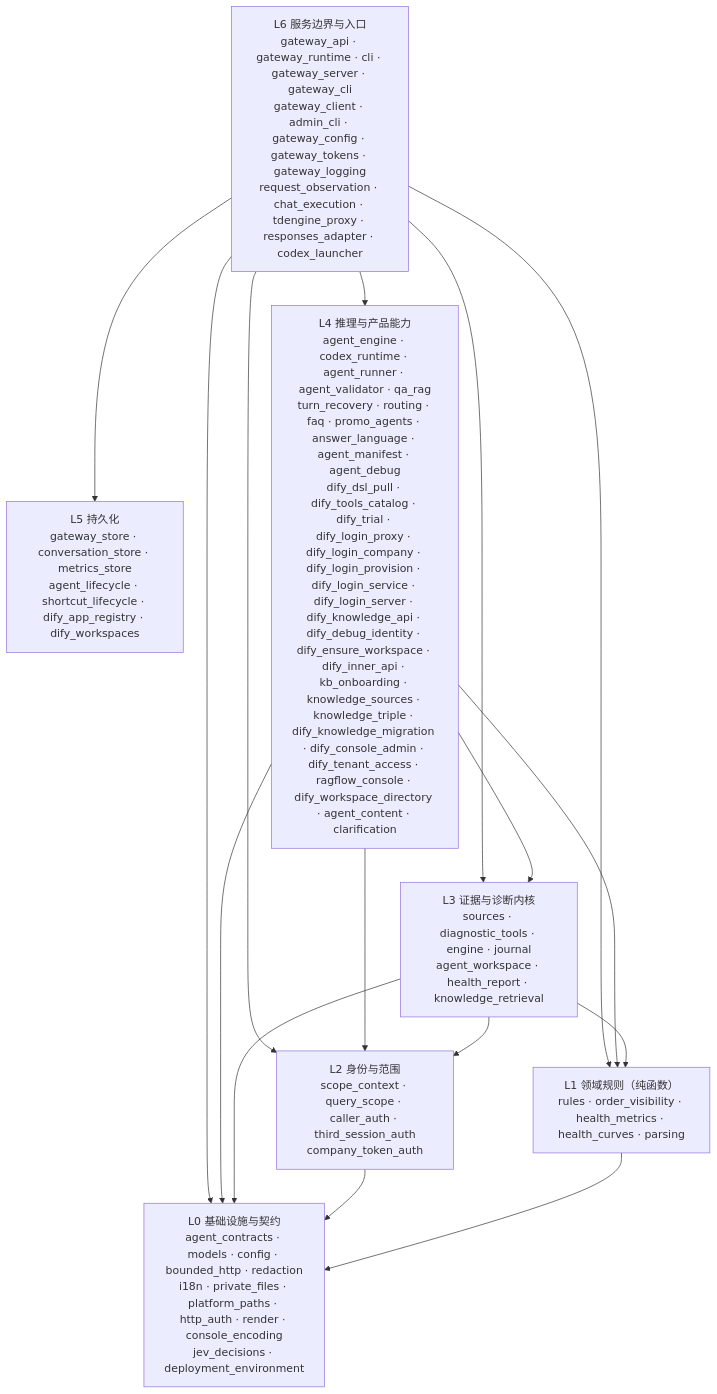
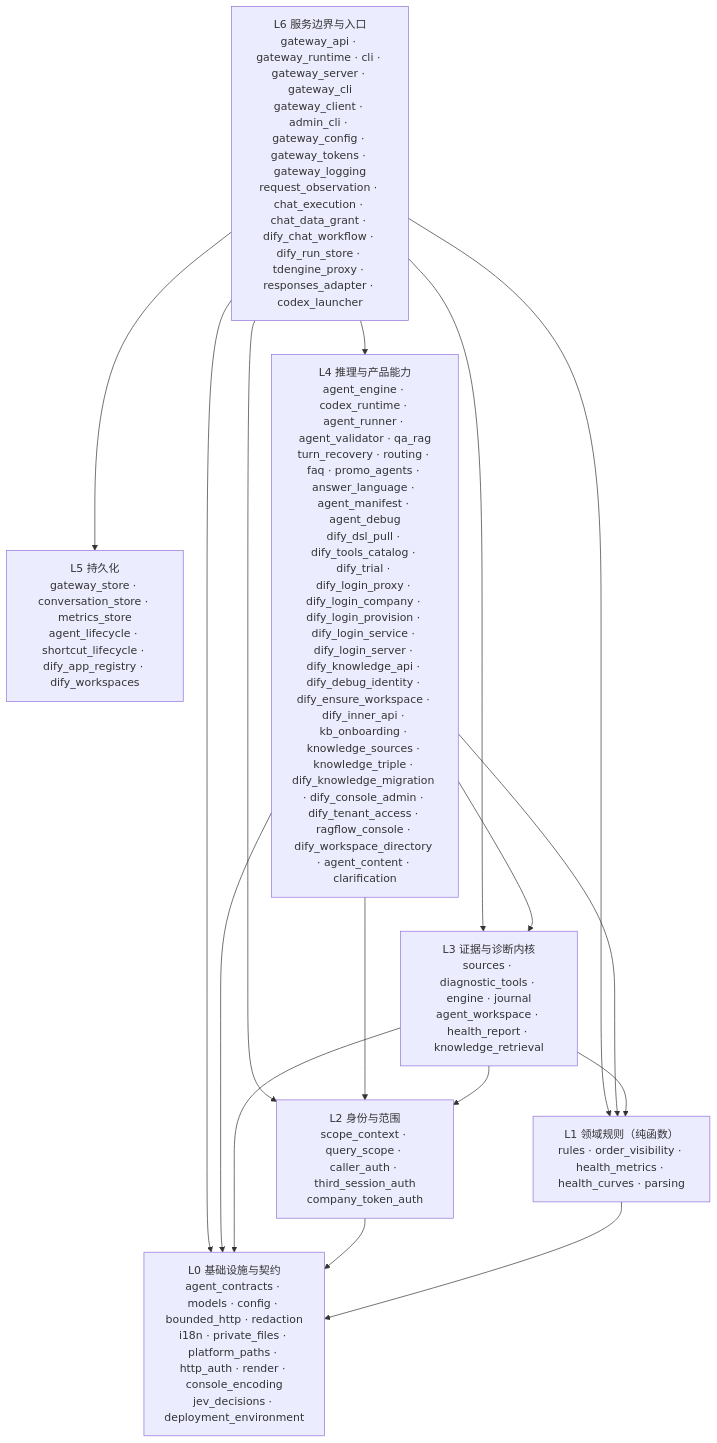
One commit to kilbertert/AI-Ops changed the diagram in README.md. Above: the diagram before and after it, drawn with Mermaid. The commit also changed other lines of this file and 2 other files, not shown here.

First line of the commit message:
fix(chat): 租户比较走共享规则，新模块补进 README 分层表

````diff
--- a/README.md
+++ b/README.md
@@ -183,26 +183,26 @@
 ```mermaid
 flowchart TB
-    L6["L6 服务边界与入口<br/>gateway_api · gateway_runtime · cli · gateway_server · gateway_cli<br/>gateway_client · admin_cli · gateway_config · gateway_tokens · gateway_logging<br/>request_observation · chat_execution · tdengine_proxy · responses_adapter · codex_launcher"]
+    L6["L6 服务边界与入口<br/>gateway_api · gateway_runtime · cli · gateway_server · gateway_cli<br/>gateway_client · admin_cli · gateway_config · gateway_tokens · gateway_logging<br/>request_observation · chat_execution · chat_data_grant · dify_chat_workflow · dify_run_store · tdengine_proxy · responses_adapter · codex_launcher"]
     L5["L5 持久化<br/>gateway_store · conversation_store · metrics_store<br/>agent_lifecycle · shortcut_lifecycle · dify_app_registry · dify_workspaces"]
     L4["L4 推理与产品能力<br/>agent_engine · codex_runtime · agent_runner · agent_validator · qa_rag<br/>turn_recovery · routing · faq · promo_agents · answer_language · agent_manifest · agent_debug<br/>dify_dsl_pull · dify_tools_catalog · dify_trial · dify_login_proxy · dify_login_company · dify_login_provision · dify_login_service · dify_login_server · dify_knowledge_api · dify_debug_identity · dify_ensure_workspace · dify_inner_api · kb_onboarding · knowledge_sources · knowledge_triple · dify_knowledge_migration · dify_console_admin · dify_tenant_access · ragflow_console · dify_workspace_directory · agent_content · clarification"]
     L3["L3 证据与诊断内核<br/>sources · diagnostic_tools · engine · journal<br/>agent_workspace · health_report · knowledge_retrieval"]
     L2["L2 身份与范围<br/>scope_context · query_scope · caller_auth · third_session_auth<br/>company_token_auth"]
     L1["L1 领域规则（纯函数）<br/>rules · order_visibility · health_metrics · health_curves · parsing"]
     L0["L0 基础设施与契约<br/>agent_contracts · models · config · bounded_http · redaction<br/>i18n · private_files · platform_paths · http_auth · render · console_encoding<br/>jev_decisions · deployment_environment"]
 
     L6 --> L5
     L6 --> L4
     L6 --> L3
     L6 --> L2
     L6 --> L1
     L6 --> L0
     L4 --> L3
     L4 --> L2
     L4 --> L1
     L4 --> L0
     L3 --> L2
     L3 --> L1
     L3 --> L0
     L2 --> L0
     L1 --> L0
 ```
````
